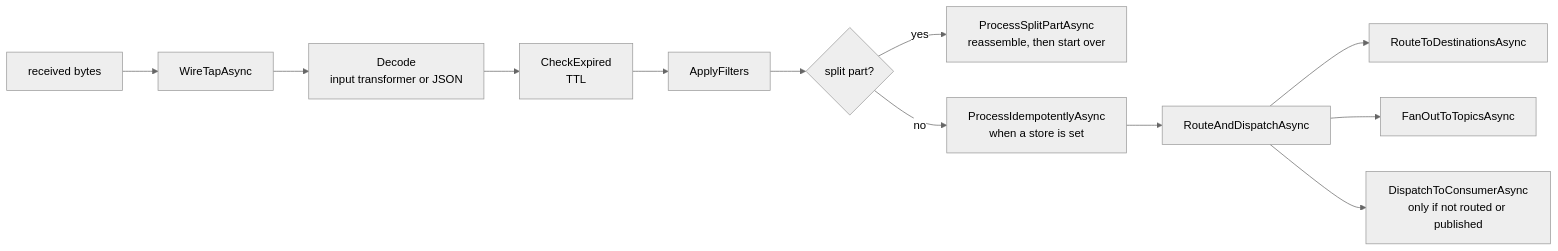
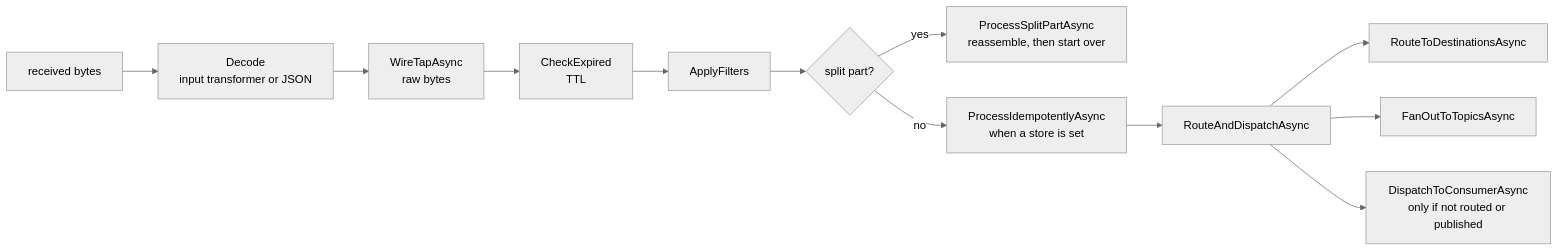
The second of 2 diagrams in docs/architecture.md (nymankla/NymBroker), drawn with Mermaid (neutral theme) before and after one commit. The commit also changed other lines of this file and 13 other files, not shown here.

````diff
--- a/docs/architecture.md
+++ b/docs/architecture.md
@@ -48,14 +48,14 @@
 ```mermaid
 flowchart LR
-    R[received bytes] --> WT[WireTapAsync]
-    WT --> D[Decode<br/>input transformer or JSON]
-    D --> X[CheckExpired<br/>TTL]
+    R[received bytes] --> D[Decode<br/>input transformer or JSON]
+    D --> WT[WireTapAsync<br/>raw bytes]
+    WT --> X[CheckExpired<br/>TTL]
     X --> F[ApplyFilters]
     F --> SP{split part?}
     SP -- yes --> AG[ProcessSplitPartAsync<br/>reassemble, then start over]
     SP -- no --> ID[ProcessIdempotentlyAsync<br/>when a store is set]
     ID --> RD[RouteAndDispatchAsync]
     RD --> RT[RouteToDestinationsAsync]
     RD --> TP[FanOutToTopicsAsync]
     RD --> CN[DispatchToConsumerAsync<br/>only if not routed or published]
 ```
````
